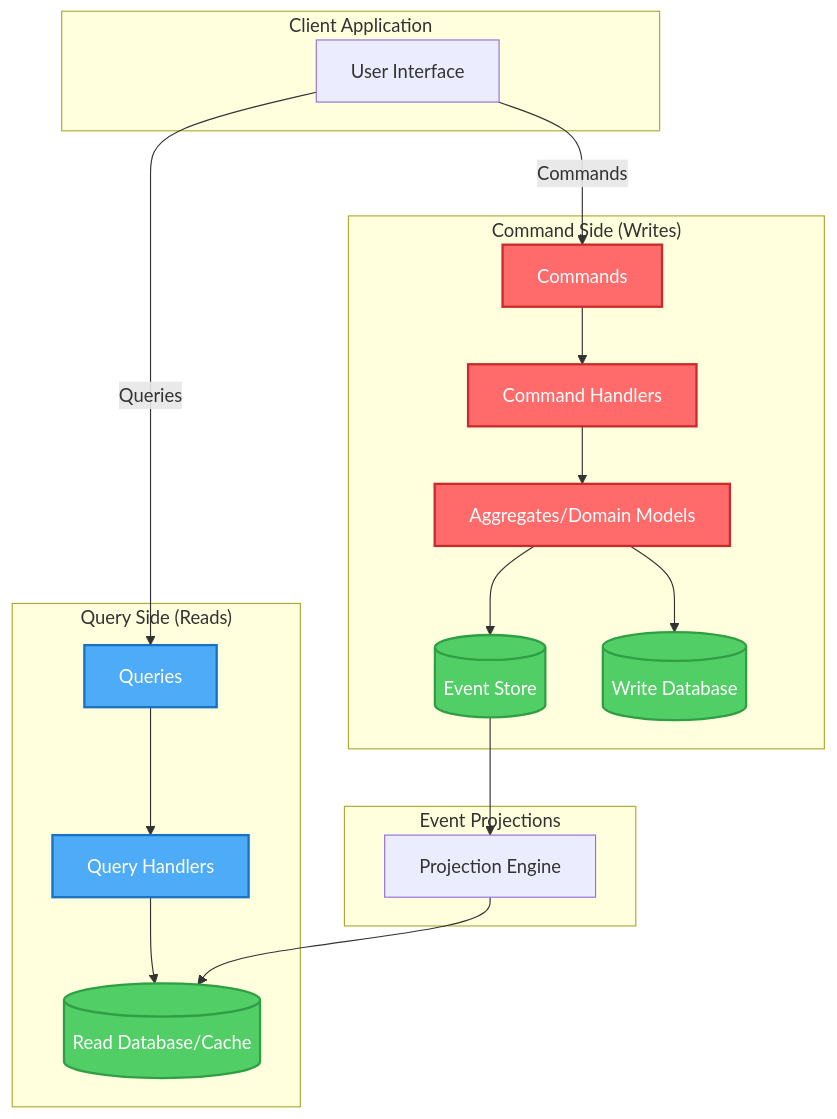
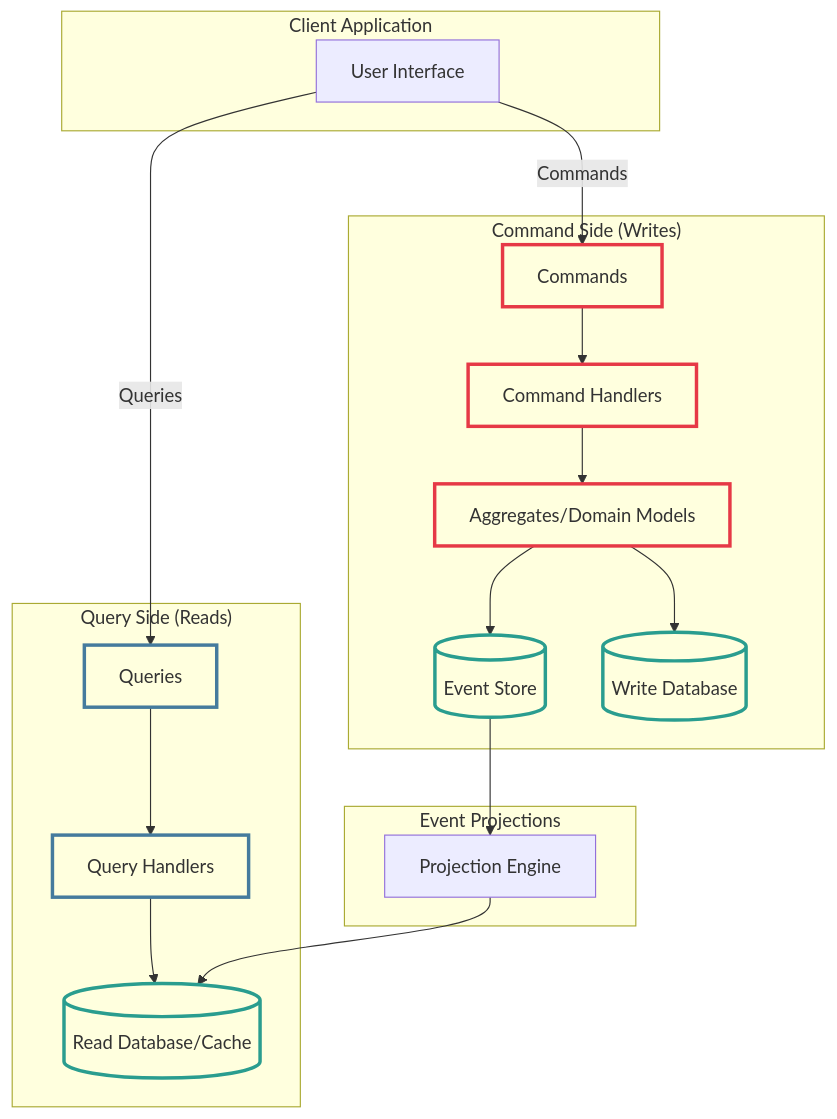
Before and after one commit to Shaddix/mostlylucidweb: the first of 3 diagrams in Mostlylucid/Markdown/moderncqrsandeventsourcing.md, drawn with Mermaid. The commit also changed other lines of this file, not shown here.

First line of the commit message:
refactor: improve article tone and fix Mermaid diagrams for theme support

````diff
--- a/Mostlylucid/Markdown/moderncqrsandeventsourcing.md
+++ b/Mostlylucid/Markdown/moderncqrsandeventsourcing.md
@@ -104,34 +102,34 @@
 ```mermaid
 flowchart TB
     subgraph Client["Client Application"]
         UI[User Interface]
     end
 
     subgraph Commands["Command Side (Writes)"]
         CMD[Commands] --> CMDH[Command Handlers]
         CMDH --> AGG[Aggregates/Domain Models]
         AGG --> EVTSTORE[(Event Store)]
         AGG --> WRITEDB[(Write Database)]
     end
 
     subgraph Queries["Query Side (Reads)"]
         QRY[Queries] --> QRYH[Query Handlers]
         QRYH --> READDB[(Read Database/Cache)]
     end
 
     subgraph Projections["Event Projections"]
         EVTSTORE --> PROJ[Projection Engine]
         PROJ --> READDB
     end
 
     UI -->|Commands| CMD
     UI -->|Queries| QRY
 
-    classDef commandStyle fill:#ff6b6b,stroke:#c92a2a,stroke-width:2px,color:#fff
-    classDef queryStyle fill:#4dabf7,stroke:#1971c2,stroke-width:2px,color:#fff
-    classDef dataStyle fill:#51cf66,stroke:#2f9e44,stroke-width:2px,color:#fff
+    classDef commandStyle fill:none,stroke:#e63946,stroke-width:3px
+    classDef queryStyle fill:none,stroke:#457b9d,stroke-width:3px
+    classDef dataStyle fill:none,stroke:#2a9d8f,stroke-width:3px
 
     class CMD,CMDH,AGG commandStyle
     class QRY,QRYH queryStyle
     class EVTSTORE,WRITEDB,READDB dataStyle
 ```
````
